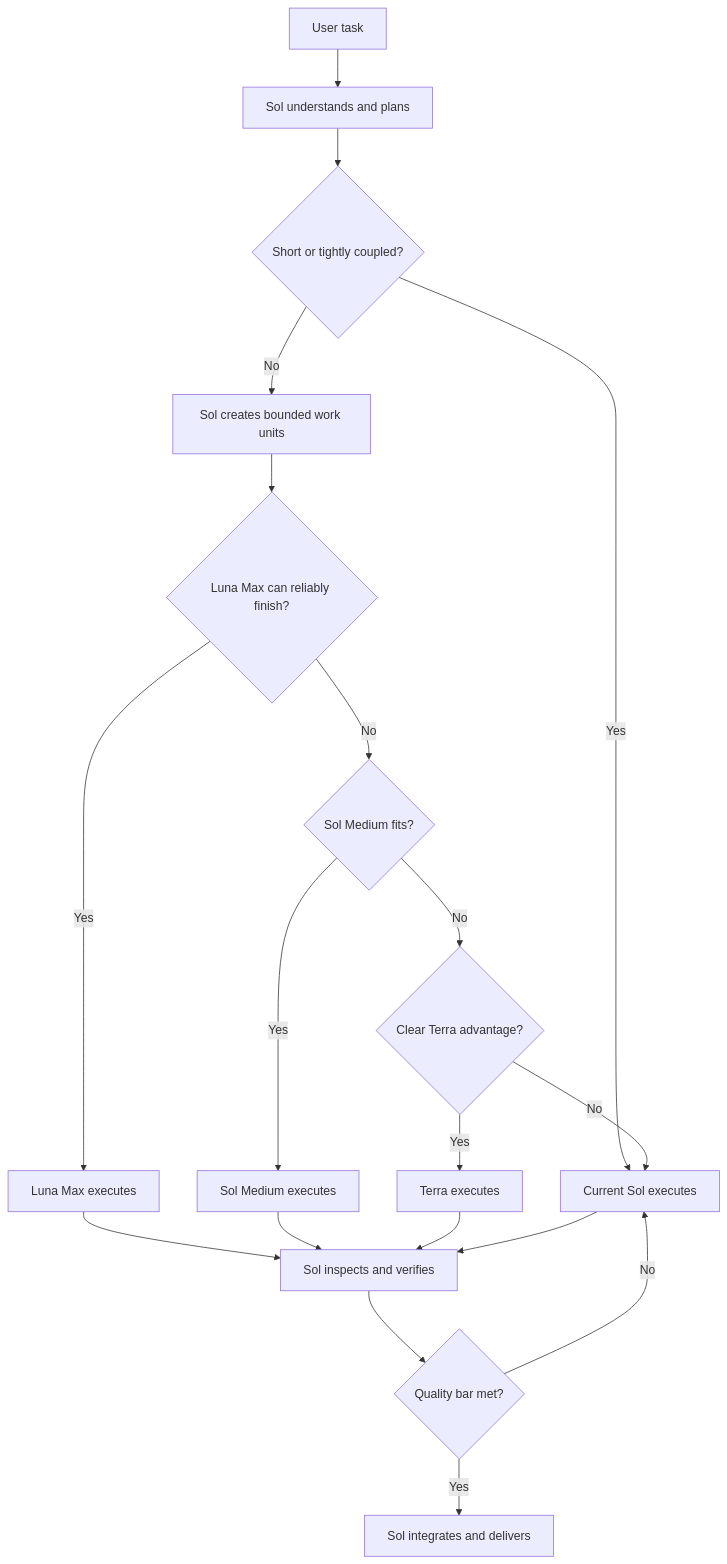
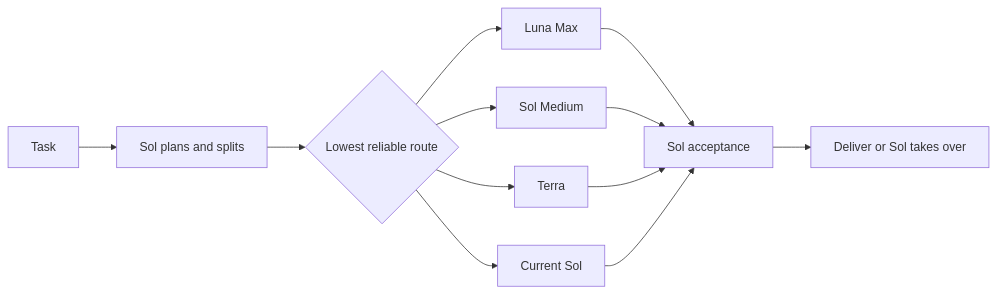
The second of 2 diagrams in README.md (9holy/codex-quality-orchestrator), drawn with Mermaid before and after one commit. The commit also changed other lines of this file and 5 other files, not shown here.

````diff
--- a/README.md
+++ b/README.md
@@ -118,21 +110,13 @@
 ```mermaid
-flowchart TD
-    A["User task"] --> B["Sol understands and plans"]
-    B --> C{"Short or tightly coupled?"}
-    C -->|"Yes"| D["Current Sol executes"]
-    C -->|"No"| E["Sol creates bounded work units"]
-    E --> F{"Luna Max can reliably finish?"}
-    F -->|"Yes"| G["Luna Max executes"]
-    F -->|"No"| H{"Sol Medium fits?"}
-    H -->|"Yes"| I["Sol Medium executes"]
-    H -->|"No"| J{"Clear Terra advantage?"}
-    J -->|"Yes"| K["Terra executes"]
-    J -->|"No"| D
-    G --> L["Sol inspects and verifies"]
-    I --> L
-    K --> L
-    D --> L
-    L --> M{"Quality bar met?"}
-    M -->|"Yes"| N["Sol integrates and delivers"]
-    M -->|"No"| D
+flowchart LR
+    A["Task"] --> B["Sol plans and splits"] --> C{"Lowest reliable route"}
+    C --> D["Luna Max"]
+    C --> E["Sol Medium"]
+    C --> F["Terra"]
+    C --> G["Current Sol"]
+    D --> H["Sol acceptance"]
+    E --> H
+    F --> H
+    G --> H
+    H --> I["Deliver or Sol takes over"]
 ```
````
